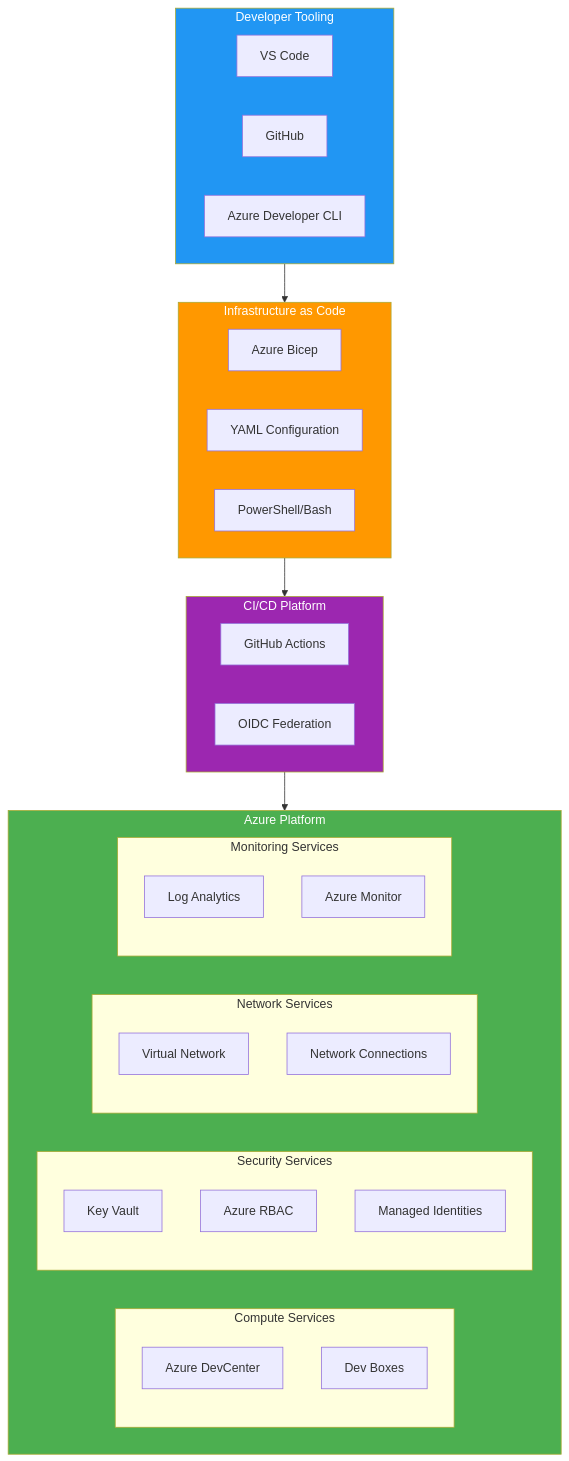
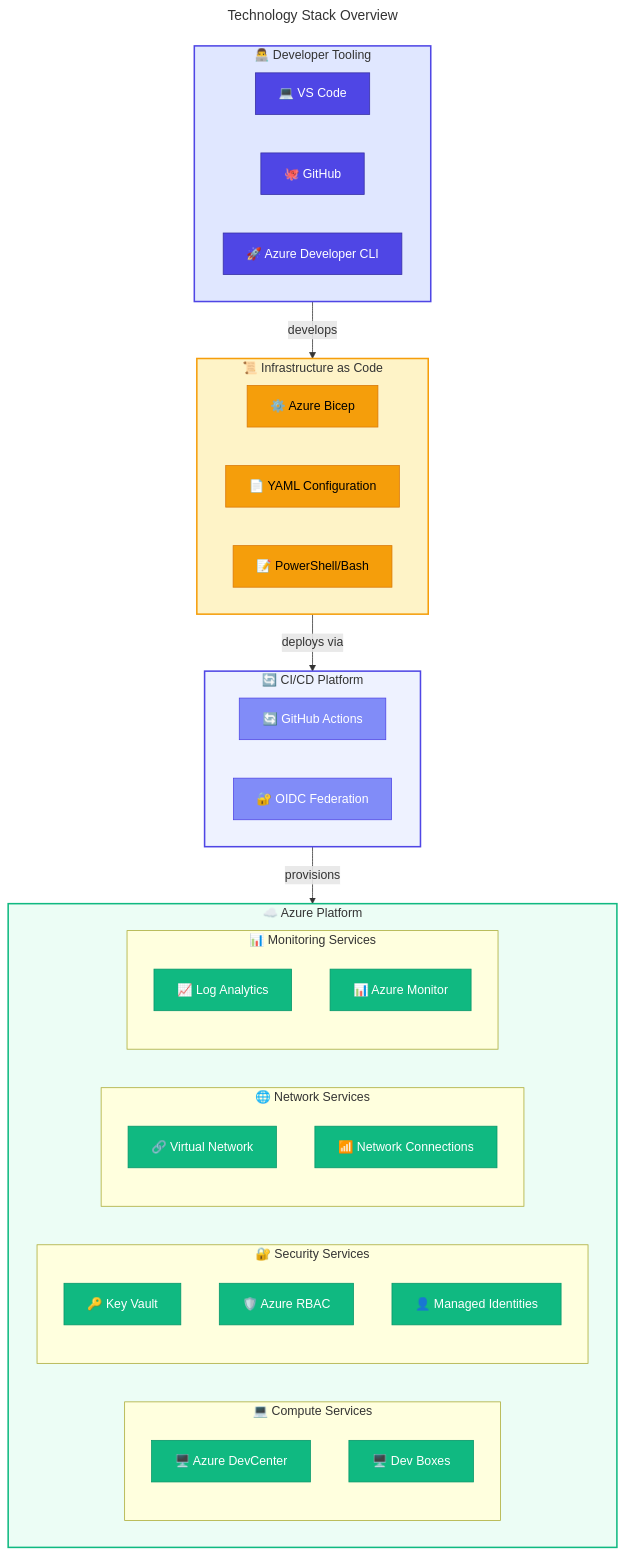
Before and after one commit to Evilazaro/DevExp-DevBox: the first of 9 diagrams in docs/architecture/04-technology-architecture.md, drawn with Mermaid. The commit also changed other lines of this file, not shown here.

Commit message:
Enhance documentation for technology architecture by adding emojis, improving section titles, and refining diagram styles for better clarity and navigation.

````diff
--- a/docs/architecture/04-technology-architecture.md
+++ b/docs/architecture/04-technology-architecture.md
@@ -62,51 +62,70 @@
 ```mermaid
+---
+title: Technology Stack Overview
+---
 flowchart TB
-    subgraph Developer["Developer Tooling"]
-        VSC["VS Code"]
-        GH["GitHub"]
-        AZD["Azure Developer CLI"]
+    %% ===== DEVELOPER TOOLING =====
+    subgraph Developer["👨‍💻 Developer Tooling"]
+        VSC["💻 VS Code"]
+        GH["🐙 GitHub"]
+        AZD["🚀 Azure Developer CLI"]
     end
     
-    subgraph IaC["Infrastructure as Code"]
-        BICEP["Azure Bicep"]
-        YAML["YAML Configuration"]
-        PS["PowerShell/Bash"]
+    %% ===== INFRASTRUCTURE AS CODE =====
+    subgraph IaC["📜 Infrastructure as Code"]
+        BICEP["⚙️ Azure Bicep"]
+        YAML["📄 YAML Configuration"]
+        PS["📝 PowerShell/Bash"]
     end
     
-    subgraph CI/CD["CI/CD Platform"]
-        GHA["GitHub Actions"]
-        OIDC["OIDC Federation"]
+    %% ===== CI/CD PLATFORM =====
+    subgraph CI_CD["🔄 CI/CD Platform"]
+        GHA["🔄 GitHub Actions"]
+        OIDC["🔐 OIDC Federation"]
     end
     
-    subgraph Azure["Azure Platform"]
-        subgraph Compute["Compute Services"]
-            DC["Azure DevCenter"]
-            DB["Dev Boxes"]
+    %% ===== AZURE PLATFORM =====
+    subgraph Azure["☁️ Azure Platform"]
+        subgraph Compute["💻 Compute Services"]
+            DC["🖥️ Azure DevCenter"]
+            DB["🖥️ Dev Boxes"]
         end
         
-        subgraph Security["Security Services"]
-            KV["Key Vault"]
-            RBAC["Azure RBAC"]
-            MI["Managed Identities"]
+        subgraph Security["🔐 Security Services"]
+            KV["🔑 Key Vault"]
+            RBAC["🛡️ Azure RBAC"]
+            MI["👤 Managed Identities"]
         end
         
-        subgraph Network["Network Services"]
-            VNET["Virtual Network"]
-            NC["Network Connections"]
+        subgraph Network["🌐 Network Services"]
+            VNET["🔗 Virtual Network"]
+            NC["📶 Network Connections"]
         end
         
-        subgraph Monitor["Monitoring Services"]
-            LA["Log Analytics"]
-            MON["Azure Monitor"]
+        subgraph Monitor["📊 Monitoring Services"]
+            LA["📈 Log Analytics"]
+            MON["📊 Azure Monitor"]
         end
     end
     
-    Developer --> IaC
-    IaC --> CI/CD
-    CI/CD --> Azure
+    %% ===== CONNECTIONS =====
+    Developer -->|develops| IaC
+    IaC -->|deploys via| CI_CD
+    CI_CD -->|provisions| Azure
     
-    style Developer fill:#2196F3,color:#fff
-    style IaC fill:#FF9800,color:#fff
-    style CI/CD fill:#9C27B0,color:#fff
-    style Azure fill:#4CAF50,color:#fff
+    %% ===== STYLES =====
+    classDef primary fill:#4F46E5,stroke:#3730A3,color:#FFFFFF
+    classDef datastore fill:#F59E0B,stroke:#D97706,color:#000000
+    classDef trigger fill:#818CF8,stroke:#4F46E5,color:#FFFFFF
+    classDef secondary fill:#10B981,stroke:#059669,color:#FFFFFF
+    
+    class VSC,GH,AZD primary
+    class BICEP,YAML,PS datastore
+    class GHA,OIDC trigger
+    class DC,DB,KV,RBAC,MI,VNET,NC,LA,MON secondary
+    
+    style Developer fill:#E0E7FF,stroke:#4F46E5,stroke-width:2px
+    style IaC fill:#FEF3C7,stroke:#F59E0B,stroke-width:2px
+    style CI_CD fill:#EEF2FF,stroke:#4F46E5,stroke-width:2px
+    style Azure fill:#ECFDF5,stroke:#10B981,stroke-width:2px
 ```
````
